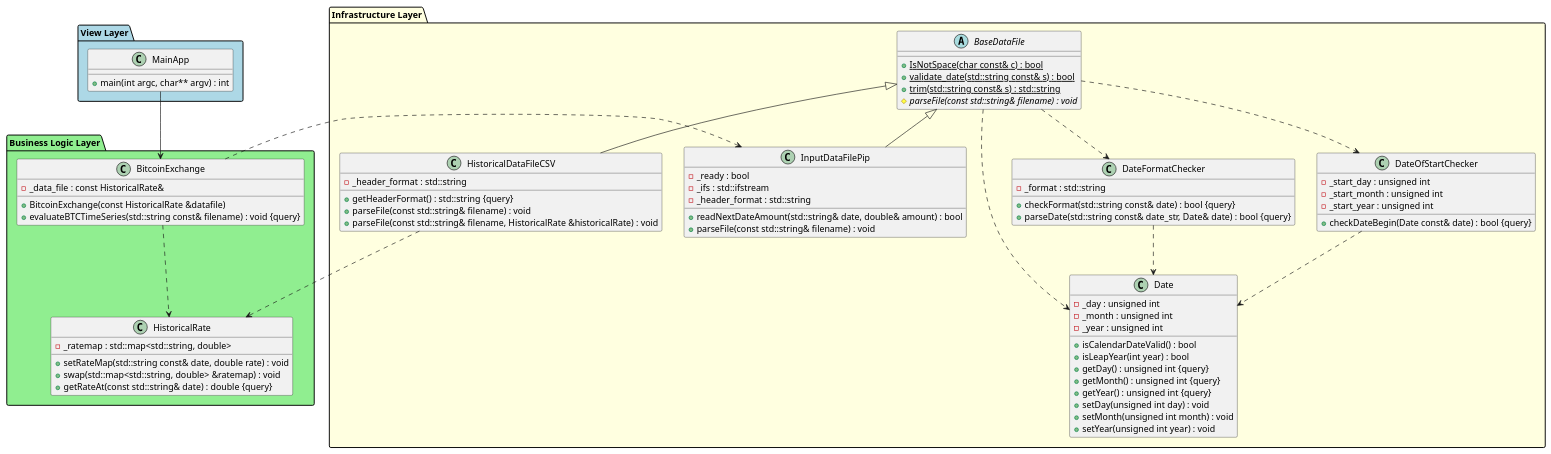
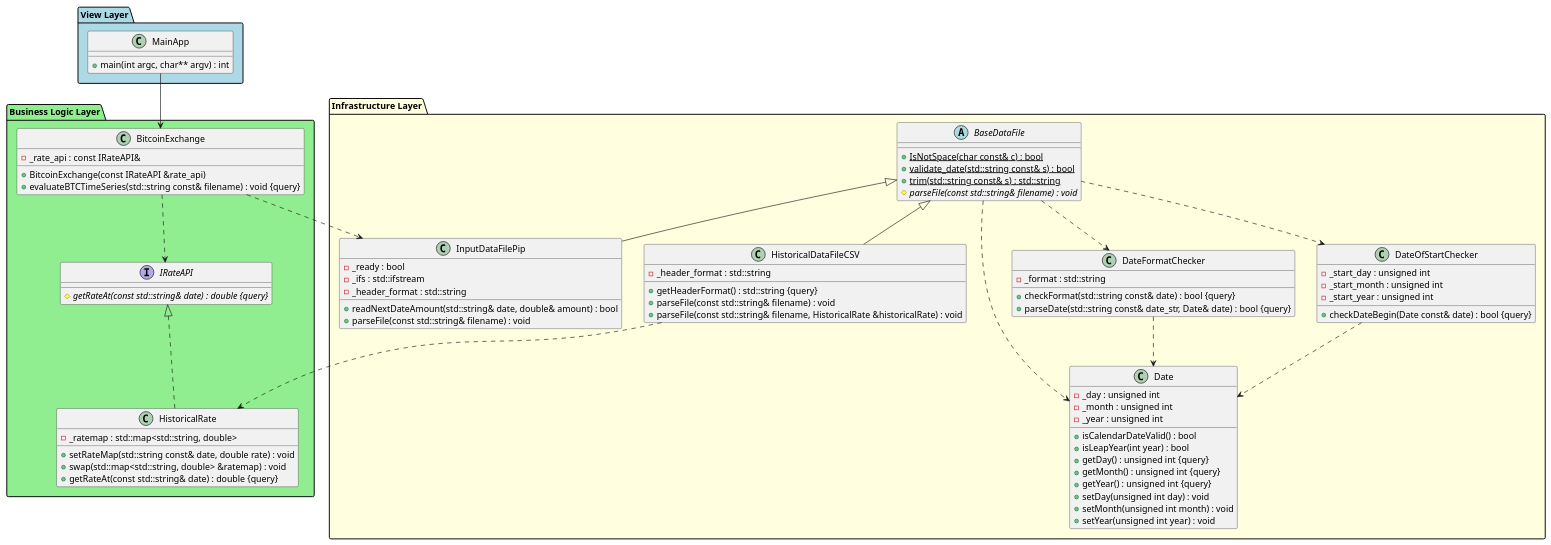
Before and after one commit to ra121e/cpp09: the diagram in ex00/btc.puml, drawn with PlantUML. The commit also changed 13 other files, not shown here.

```diff
--- a/ex00/btc.puml
+++ b/ex00/btc.puml
@@ -1,104 +1,108 @@
 @startuml btc
 
 ' Objects grouped into 3-layer packages '
 
 package "View Layer" #LightBlue {
     class MainApp {
         +main(int argc, char** argv) : int
     }
 }
 
 package "Business Logic Layer" #LightGreen {
     class BitcoinExchange {
-        +BitcoinExchange(const HistoricalRate &datafile)
-        -_data_file : const HistoricalRate&
+        +BitcoinExchange(const IRateAPI &rate_api)
+        -_rate_api : const IRateAPI&
         +evaluateBTCTimeSeries(std::string const& filename) : void {query}
     }
 
     class HistoricalRate {
         -_ratemap : std::map<std::string, double>
         +setRateMap(std::string const& date, double rate) : void
         +swap(std::map<std::string, double> &ratemap) : void
         +getRateAt(const std::string& date) : double {query}
+    }
+
+    interface IRateAPI {
+        #{abstract} getRateAt(const std::string& date) : double {query}
     }
 }
 
 package "Infrastructure Layer" #LightYellow {
     abstract class BaseDataFile {
         +{static} IsNotSpace(char const& c) : bool
         +{static} validate_date(std::string const& s) : bool
         +{static} trim(std::string const& s) : std::string
         #{abstract} parseFile(const std::string& filename) : void
     }
 
     class HistoricalDataFileCSV {
         -_header_format : std::string
         +getHeaderFormat() : std::string {query}
         +parseFile(const std::string& filename) : void
         +parseFile(const std::string& filename, HistoricalRate &historicalRate) : void
     }
 
     class InputDataFilePip {
         -_ready : bool
         +readNextDateAmount(std::string& date, double& amount) : bool
         -_ifs : std::ifstream
         -_header_format : std::string
         +parseFile(const std::string& filename) : void
     }
 
     class Date {
         +isCalendarDateValid() : bool
         +isLeapYear(int year) : bool
         -_day : unsigned int
         -_month : unsigned int
         -_year : unsigned int
         +getDay() : unsigned int {query}
         +getMonth() : unsigned int {query}
         +getYear() : unsigned int {query}
         +setDay(unsigned int day) : void
         +setMonth(unsigned int month) : void
         +setYear(unsigned int year) : void
     }
 
     class DateFormatChecker {
         +checkFormat(std::string const& date) : bool {query}
         +parseDate(std::string const& date_str, Date& date) : bool {query}
         -_format : std::string
     }
 
     class DateOfStartChecker {
         +checkDateBegin(Date const& date) : bool {query}
         -_start_day : unsigned int
         -_start_month : unsigned int
         -_start_year : unsigned int
     }
 }
 
 
 ' Inheritance relationships '
 
 BaseDataFile <|-- HistoricalDataFileCSV
 BaseDataFile <|-- InputDataFilePip
+IRateAPI <|.. HistoricalRate
 
 
 ' Aggregation / Association '
-
-BitcoinExchange ..> HistoricalRate
+BitcoinExchange ..> IRateAPI
 HistoricalDataFileCSV ..> HistoricalRate
 
 ' Dependency relationships '
 
 BaseDataFile ..> DateFormatChecker
 BaseDataFile ..> DateOfStartChecker
 BaseDataFile ..> Date
 
 DateFormatChecker ..> Date
 DateOfStartChecker ..> Date
 
 MainApp --> BitcoinExchange
 BitcoinExchange ..> InputDataFilePip
 
 '-----------------------------------------------
 ' Hidden relationships for better layout
 
 @enduml
```
